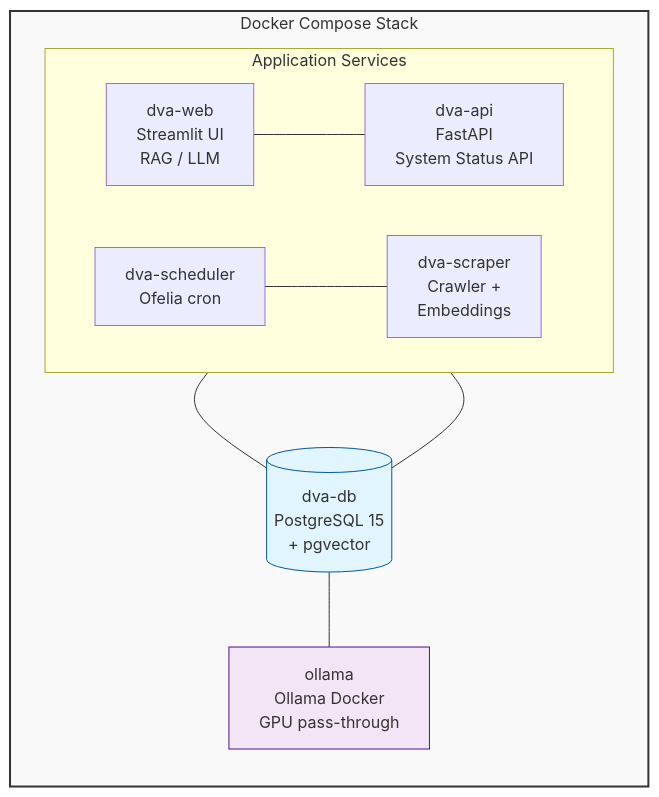
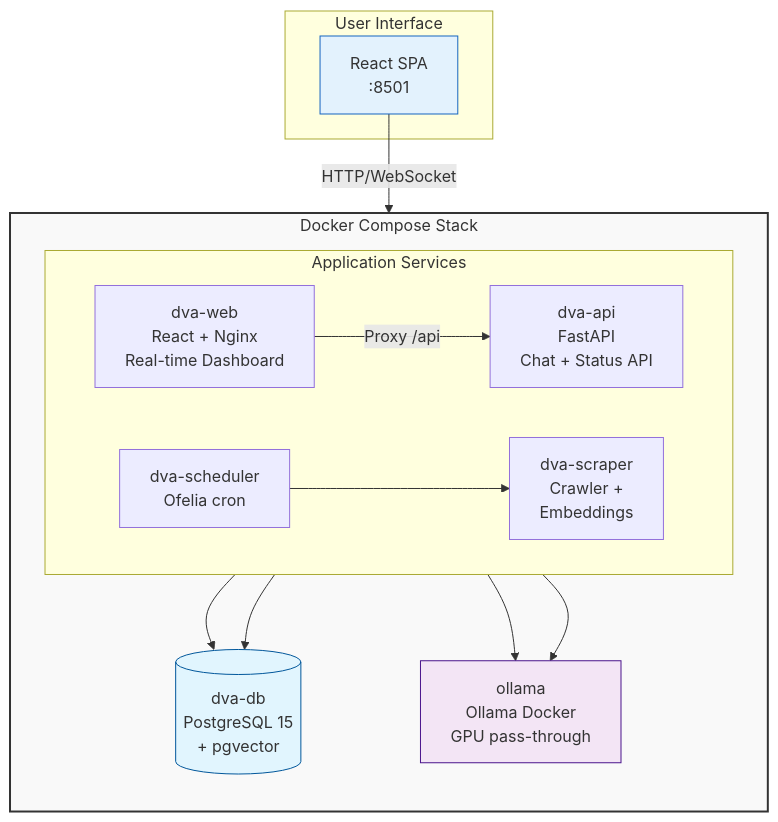
The first of 3 diagrams in README.md (Overlawd/dva-assistant-v2), drawn with Mermaid before and after one commit. The commit also changed other lines of this file and 20 other files, not shown here.

````diff
--- a/README.md
+++ b/README.md
@@ -67,26 +66,33 @@
 ```mermaid
 graph TD
+    subgraph Client[User Interface]
+        REACT[React SPA<br/>:8501]
+    end
+    
     subgraph Docker_Stack [Docker Compose Stack]
         direction TB
         subgraph App_Services [Application Services]
             direction LR
-            WEB[dva-web<br/>Streamlit UI<br/>RAG / LLM]
-            API[dva-api<br/>FastAPI<br/>System Status API]
+            WEB[dva-web<br/>React + Nginx<br/>Real-time Dashboard]
+            API[dva-api<br/>FastAPI<br/>Chat + Status API]
             SCR[dva-scraper<br/>Crawler +<br/>Embeddings]
             SCH[dva-scheduler<br/>Ofelia cron]
         end
 
         DB[(dva-db<br/>PostgreSQL 15<br/>+ pgvector)]
         OLL[ollama<br/>Ollama Docker<br/>GPU pass-through]
 
-        WEB --- API
-        API --- DB
-        SCR --- DB
-        SCH --- SCR
-        DB --- OLL
+        REACT -->|HTTP/WebSocket| WEB
+        WEB -->|Proxy /api| API
+        API --> DB
+        API --> OLL
+        SCR --> DB
+        SCR --> OLL
+        SCH --> SCR
     end
 
     style Docker_Stack fill:#f9f9f9,stroke:#333,stroke-width:2px
     style DB fill:#e1f5fe,stroke:#01579b
     style OLL fill:#f3e5f5,stroke:#4a148c
+    style REACT fill:#e3f2fd,stroke:#1565c0
 ```
````
